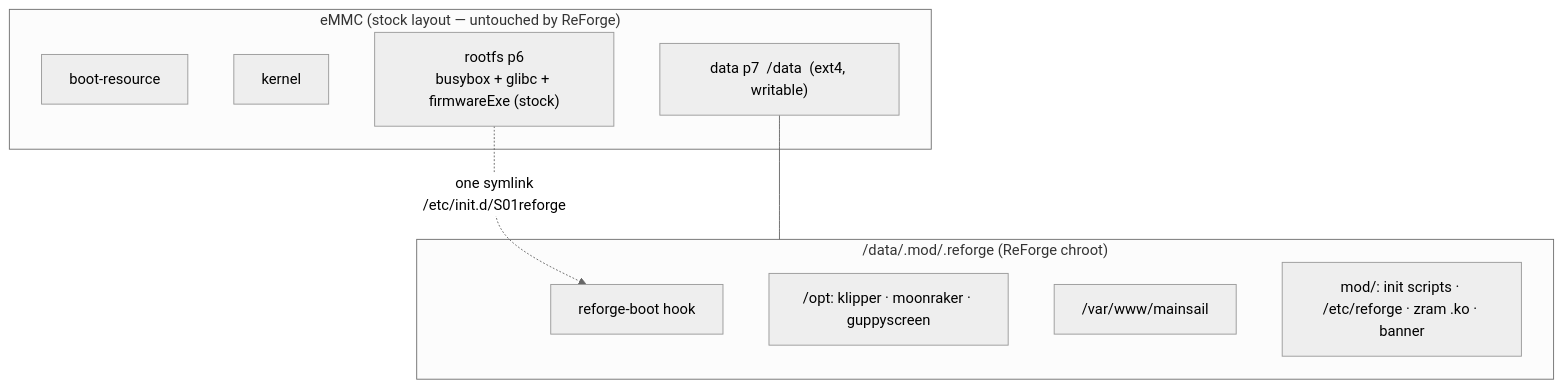
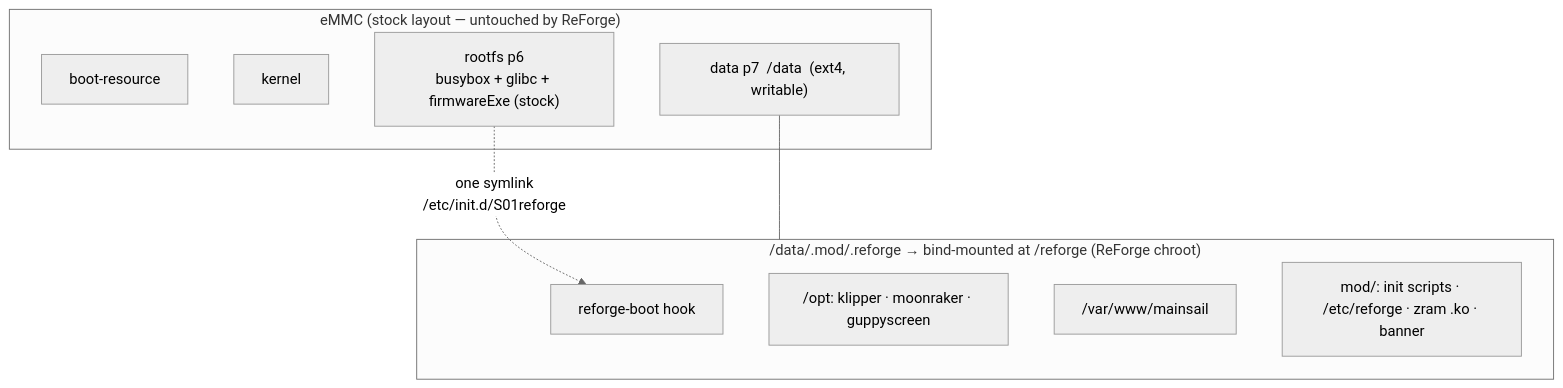
The first of 3 diagrams in docs/architecture.md (maci0/reforge), drawn with Mermaid (neutral theme) before and after one commit. The commit also changed other lines of this file and 5 other files, not shown here.

First line of the commit message:
docs: document the /reforge chroot mountpoint + dinit; exec-bit tidy

````diff
--- a/docs/architecture.md
+++ b/docs/architecture.md
@@ -11,17 +12,17 @@
 ```mermaid
 flowchart TB
     subgraph eMMC["eMMC (stock layout — untouched by ReForge)"]
         P1[boot-resource]
         P5[kernel]
         P6["rootfs p6<br/>busybox + glibc + firmwareExe (stock)"]
         P7["data p7  /data  (ext4, writable)"]
     end
     P6 -. "one symlink<br/>/etc/init.d/S01reforge" .-> RB
-    subgraph P7box["/data/.mod/.reforge  (ReForge chroot)"]
+    subgraph P7box["/data/.mod/.reforge → bind-mounted at /reforge (ReForge chroot)"]
         RB[reforge-boot hook]
         OPT["/opt: klipper · moonraker · guppyscreen"]
         WWW["/var/www/mainsail"]
         MOD["mod/: init scripts · /etc/reforge · zram .ko · banner"]
     end
     P7 --- P7box
 ```
````
